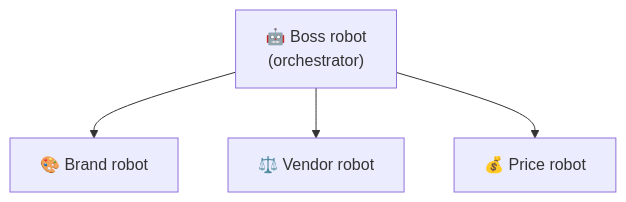
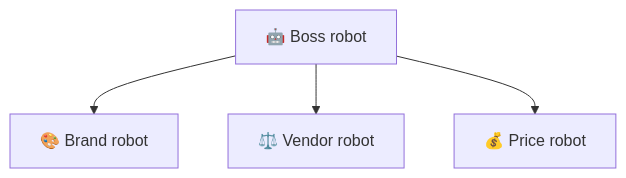
Before and after one commit to weimeilin79/vibeflix-audit: the first of 4 diagrams in A2A-ELI5.md, drawn with Mermaid. The commit also changed other lines of this file and 8 other files, not shown here.

````diff
--- a/A2A-ELI5.md
+++ b/A2A-ELI5.md
@@ -17,10 +18,10 @@
 ```mermaid
 flowchart TD
-  BOSS["🤖 Boss robot<br/>(orchestrator)"]
+  BOSS["🤖 Boss robot"]
   A["🎨 Brand robot"]
   B["⚖️ Vendor robot"]
   C["💰 Price robot"]
   BOSS --> A
   BOSS --> B
   BOSS --> C
 ```
````
